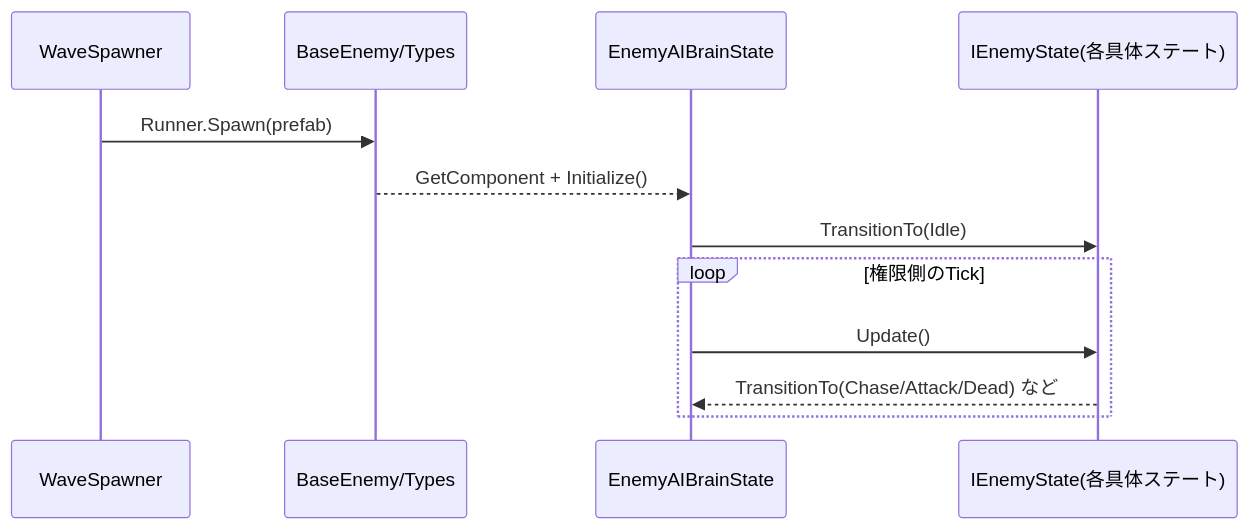
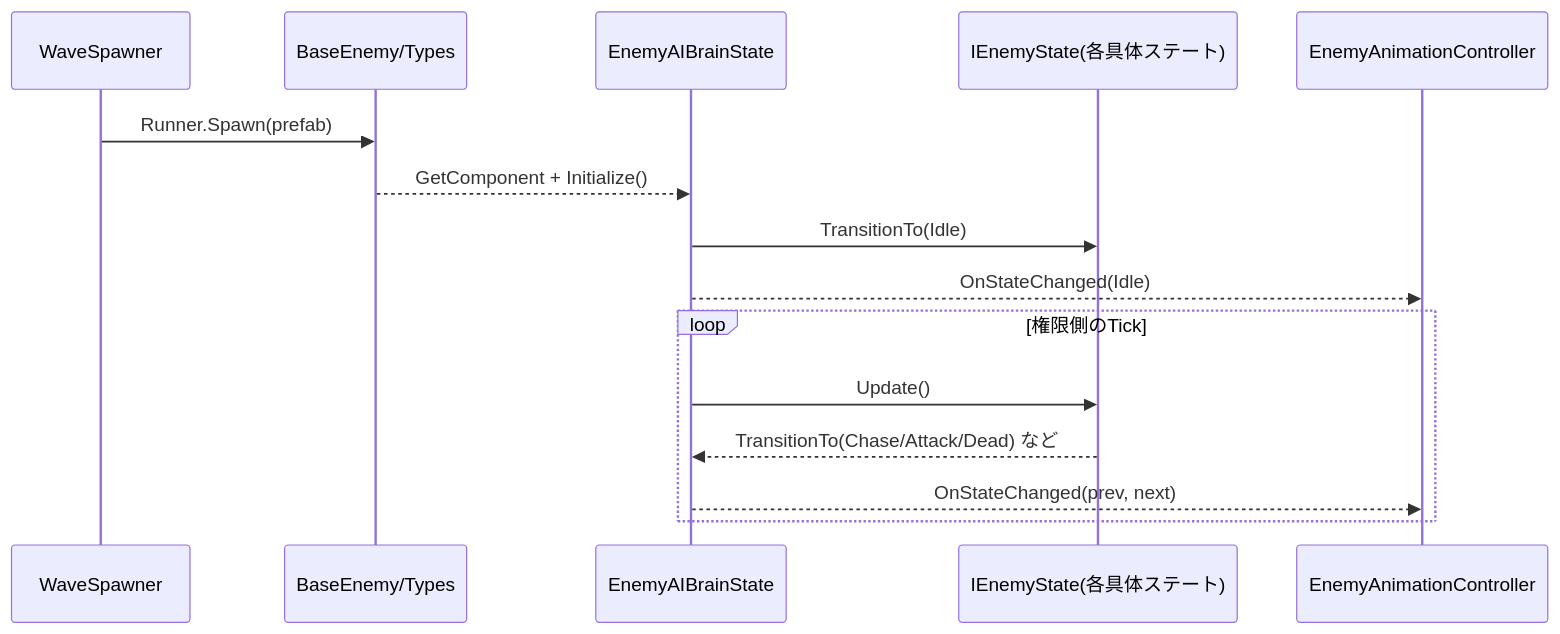
One commit to rioreo9/NetworkProject changed the second of 2 diagrams in Assets/Docs/敵システム仕様書.md. Above: the diagram before and after it, drawn with Mermaid. The commit also changed other lines of this file, not shown here.

````diff
--- a/Assets/Docs/敵システム仕様書.md
+++ b/Assets/Docs/敵システム仕様書.md
@@ -155,15 +164,18 @@
 ```mermaid
 sequenceDiagram
   participant Spawner as WaveSpawner
   participant Enemy as BaseEnemy/Types
   participant Brain as EnemyAIBrainState
   participant State as IEnemyState(各具体ステート)
+  participant Anim as EnemyAnimationController
 
   Spawner->>Enemy: Runner.Spawn(prefab)
   Enemy-->>Brain: GetComponent + Initialize()
   Brain->>State: TransitionTo(Idle)
+  Brain-->>Anim: OnStateChanged(Idle)
   loop 権限側のTick
     Brain->>State: Update()
     State-->>Brain: TransitionTo(Chase/Attack/Dead) など
+    Brain-->>Anim: OnStateChanged(prev, next)
   end
 ```
````
